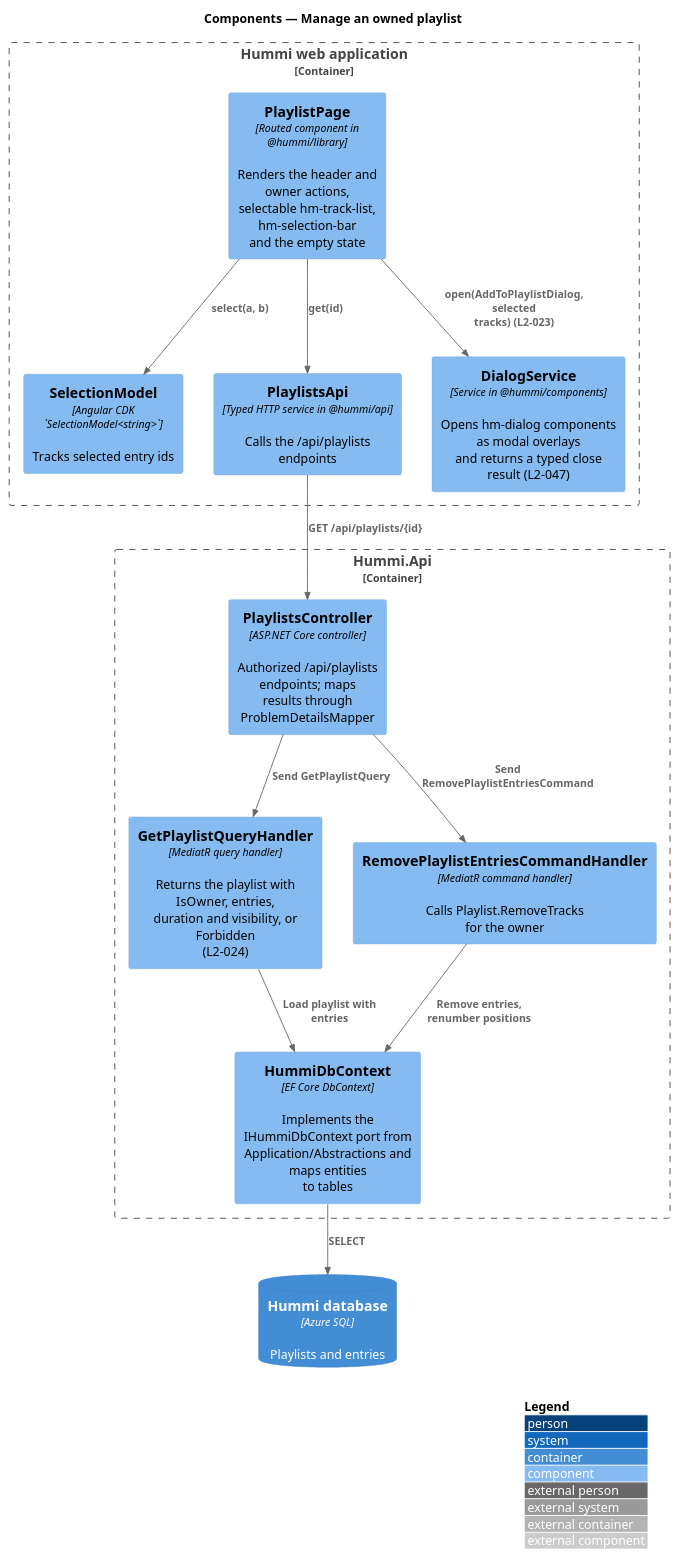
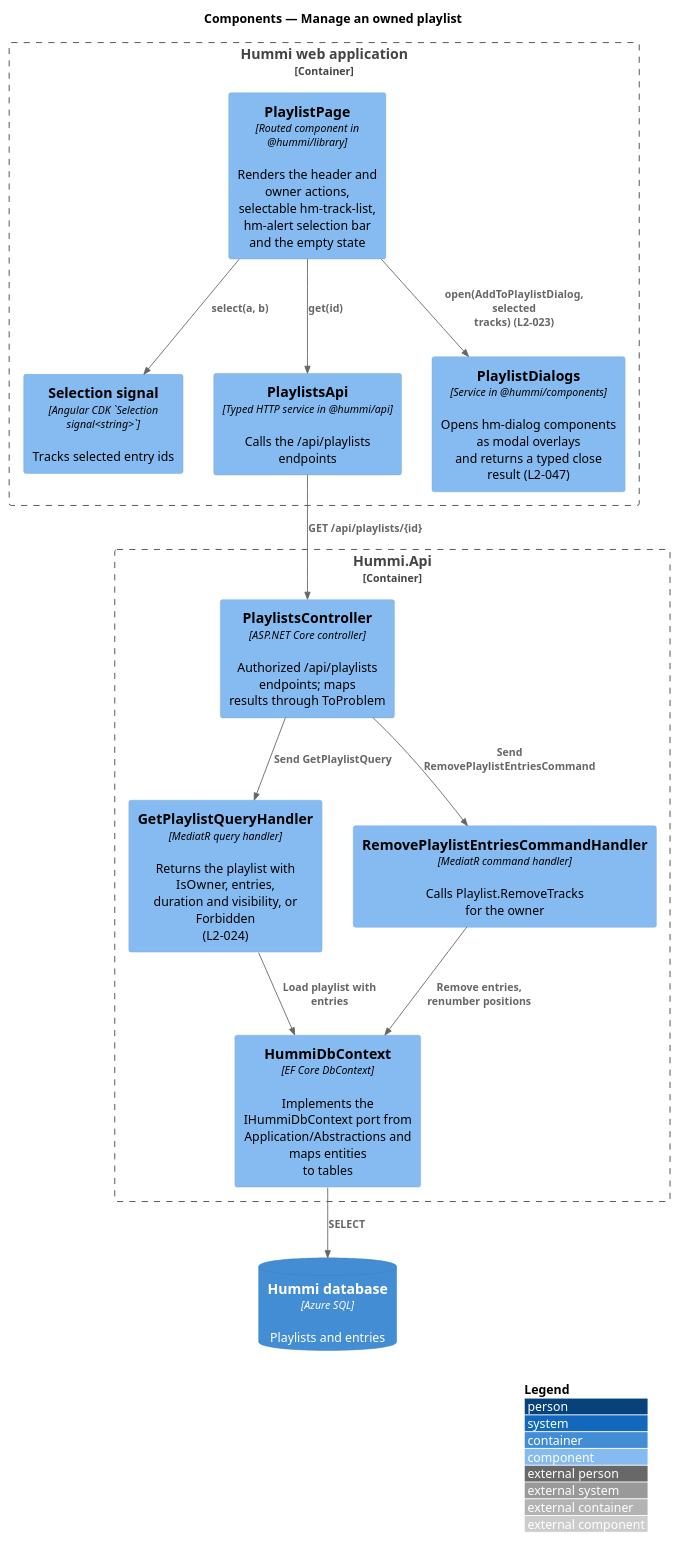
Before and after one commit to QuinntyneBrown/hummi: the diagram in docs/detailed-designs/library/manage-own-playlist/diagrams/c4-component.puml, drawn with PlantUML. The commit also changed 93 other files, not shown here.

```diff
--- a/docs/detailed-designs/library/manage-own-playlist/diagrams/c4-component.puml
+++ b/docs/detailed-designs/library/manage-own-playlist/diagrams/c4-component.puml
@@ -1,28 +1,28 @@
 @startuml
 !include <C4/C4_Component>
 LAYOUT_WITH_LEGEND()
 title Components — Manage an owned playlist
 
 Container_Boundary(spa, "Hummi web application") {
-  Component(page, "PlaylistPage", "Routed component in @hummi/library", "Renders the header and owner actions,\nselectable hm-track-list, hm-selection-bar\nand the empty state")
-  Component(sel, "SelectionModel", "Angular CDK `SelectionModel<string>`", "Tracks selected entry ids")
+  Component(page, "PlaylistPage", "Routed component in @hummi/library", "Renders the header and owner actions,\nselectable hm-track-list, hm-alert selection bar\nand the empty state")
+  Component(sel, "Selection signal", "Angular CDK `Selection signal<string>`", "Tracks selected entry ids")
   Component(client, "PlaylistsApi", "Typed HTTP service in @hummi/api", "Calls the /api/playlists endpoints")
-  Component(dialogs, "DialogService", "Service in @hummi/components", "Opens hm-dialog components as modal overlays\nand returns a typed close result (L2-047)")
+  Component(dialogs, "PlaylistDialogs", "Service in @hummi/components", "Opens hm-dialog components as modal overlays\nand returns a typed close result (L2-047)")
 }
 Container_Boundary(api, "Hummi.Api") {
-  Component(ctl, "PlaylistsController", "ASP.NET Core controller", "Authorized /api/playlists endpoints; maps\nresults through ProblemDetailsMapper")
+  Component(ctl, "PlaylistsController", "ASP.NET Core controller", "Authorized /api/playlists endpoints; maps\nresults through ToProblem")
   Component(q, "GetPlaylistQueryHandler", "MediatR query handler", "Returns the playlist with IsOwner, entries,\nduration and visibility, or Forbidden\n(L2-024)")
   Component(cmd, "RemovePlaylistEntriesCommandHandler", "MediatR command handler", "Calls Playlist.RemoveTracks for the owner")
   Component(ctx, "HummiDbContext", "EF Core DbContext", "Implements the IHummiDbContext port from\nApplication/Abstractions and maps entities\nto tables")
 }
 ContainerDb(db, "Hummi database", "Azure SQL", "Playlists and entries")
 Rel(page, client, "get(id)")
 Rel(client, ctl, "GET /api/playlists/{id}")
 Rel(ctl, q, "Send GetPlaylistQuery")
 Rel(q, ctx, "Load playlist with entries")
 Rel(ctx, db, "SELECT")
 Rel(page, sel, "select(a, b)")
 Rel(ctl, cmd, "Send RemovePlaylistEntriesCommand")
 Rel(cmd, ctx, "Remove entries, renumber positions")
 Rel(page, dialogs, "open(AddToPlaylistDialog, selected\ntracks) (L2-023)")
 @enduml
```
